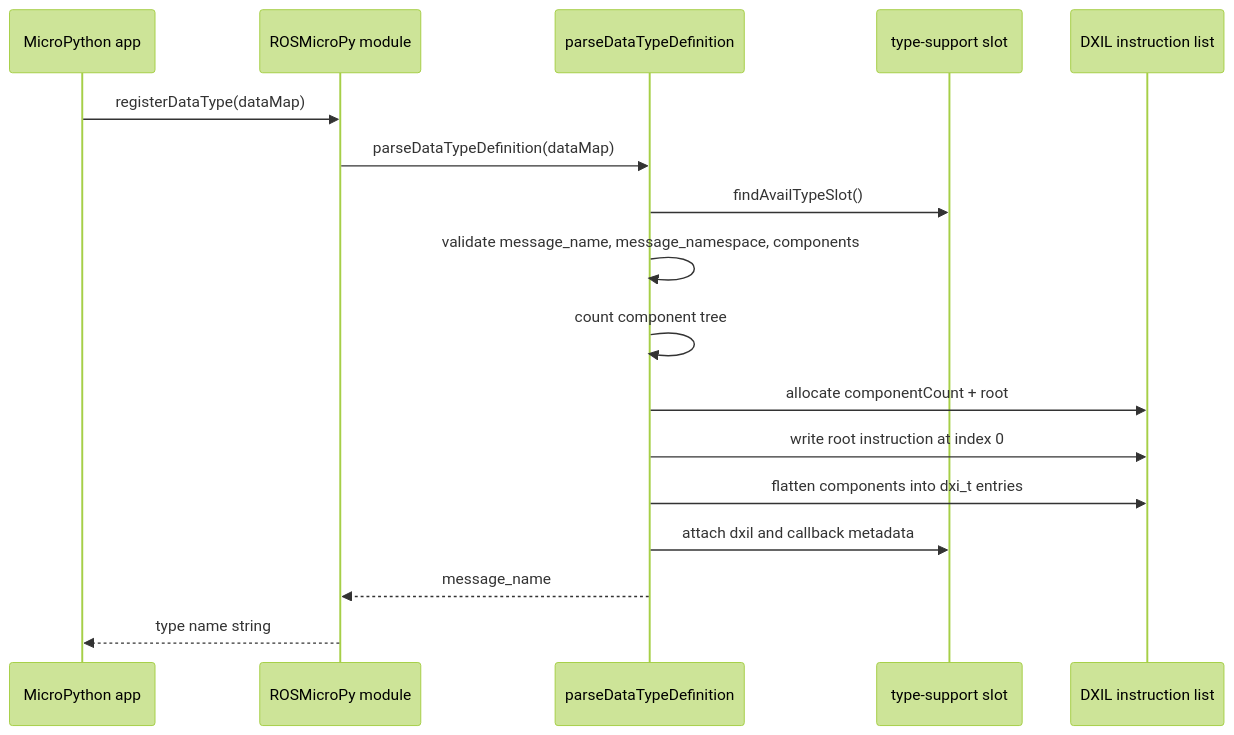
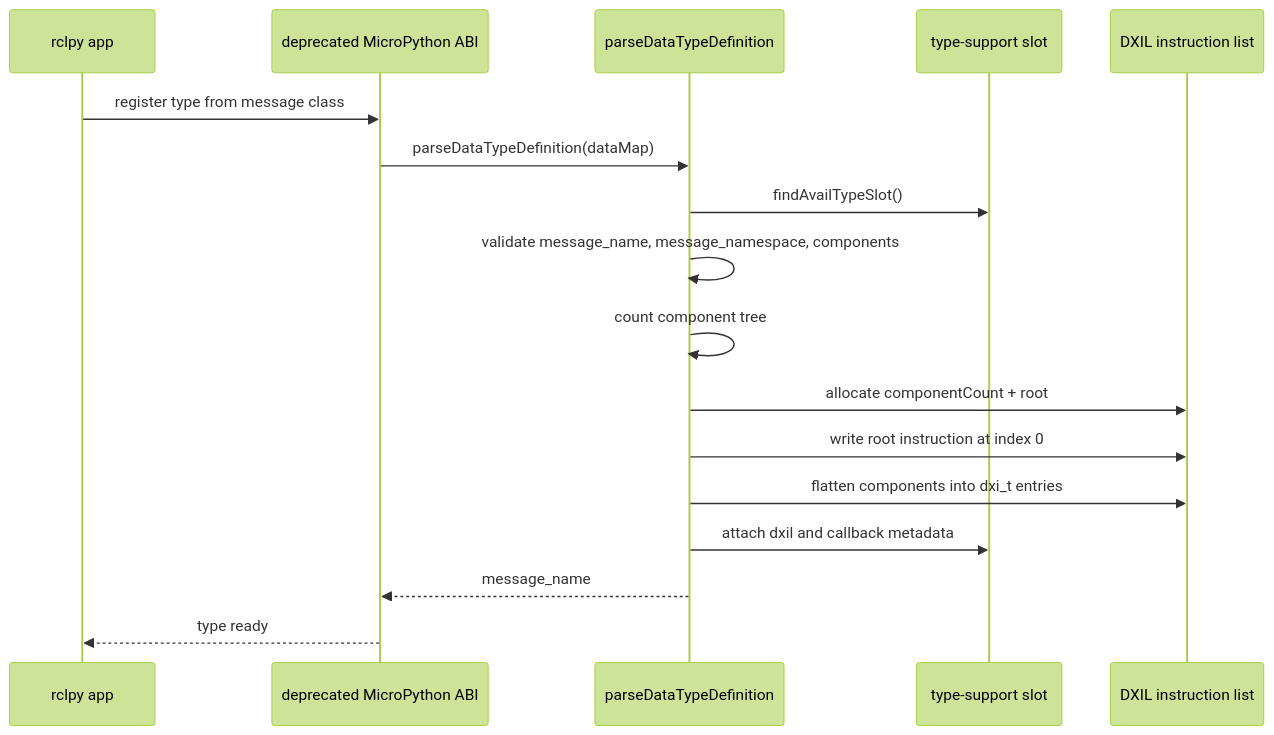
Before and after one commit to ROSMicroPy/ROSMicroPy: the second of 7 diagrams in docs/type-support-and-serialization.md, drawn with Mermaid (forest theme). The commit also changed other lines of this file and 7 other files, not shown here.

````diff
--- a/docs/type-support-and-serialization.md
+++ b/docs/type-support-and-serialization.md
@@ -178,20 +169,20 @@
 ```mermaid
 sequenceDiagram
-    participant App as MicroPython app
-    participant RM as ROSMicroPy module
+    participant App as rclpy app
+    participant ABI as deprecated MicroPython ABI
     participant Parser as parseDataTypeDefinition
     participant Slot as type-support slot
     participant DXIL as DXIL instruction list
 
-    App->>RM: registerDataType(dataMap)
-    RM->>Parser: parseDataTypeDefinition(dataMap)
+    App->>ABI: register type from message class
+    ABI->>Parser: parseDataTypeDefinition(dataMap)
     Parser->>Slot: findAvailTypeSlot()
     Parser->>Parser: validate message_name, message_namespace, components
     Parser->>Parser: count component tree
     Parser->>DXIL: allocate componentCount + root
     Parser->>DXIL: write root instruction at index 0
     Parser->>DXIL: flatten components into dxi_t entries
     Parser->>Slot: attach dxil and callback metadata
-    Parser-->>RM: message_name
-    RM-->>App: type name string
+    Parser-->>ABI: message_name
+    ABI-->>App: type ready
 ```
````
